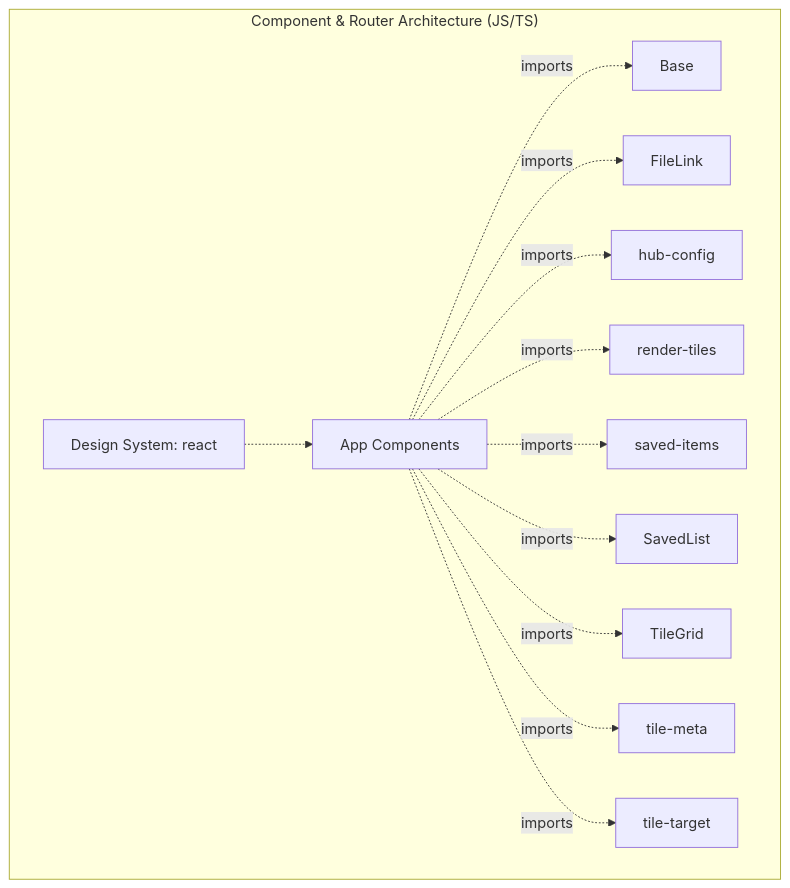
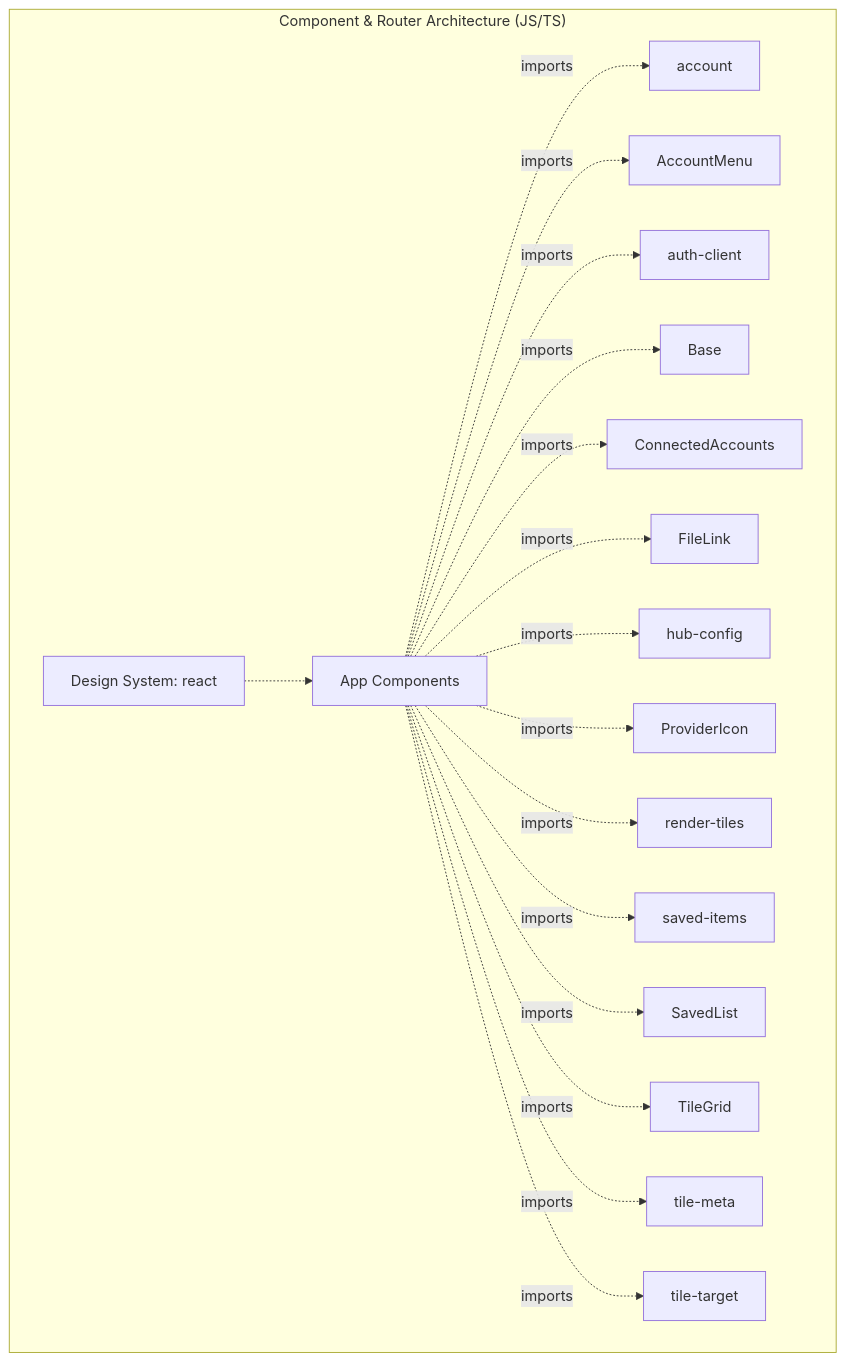
The diagram in .project-architecture.md (gokulsaraswat/gokulmobilize), drawn with Mermaid before and after one commit. The commit also changed other lines of this file and 14 other files, not shown here.

First line of the commit message:
feat(auth): optional Google/GitHub sign-in on the web hub (app hub)

````diff
--- a/.project-architecture.md
+++ b/.project-architecture.md
@@ -5,16 +5,21 @@
 ```mermaid
 graph TD
     subgraph FrontendLayer["Component & Router Architecture (JS/TS)"]
     App_Components["App Components"]
     UI_Stack["Design System: react"] -.-> App_Components
+    App_Components -.->|imports| account["account"]
+    App_Components -.->|imports| AccountMenu["AccountMenu"]
+    App_Components -.->|imports| auth_client["auth-client"]
     App_Components -.->|imports| Base["Base"]
+    App_Components -.->|imports| ConnectedAccounts["ConnectedAccounts"]
     App_Components -.->|imports| FileLink["FileLink"]
     App_Components -.->|imports| hub_config["hub-config"]
+    App_Components -.->|imports| ProviderIcon["ProviderIcon"]
     App_Components -.->|imports| render_tiles["render-tiles"]
     App_Components -.->|imports| saved_items["saved-items"]
     App_Components -.->|imports| SavedList["SavedList"]
     App_Components -.->|imports| TileGrid["TileGrid"]
     App_Components -.->|imports| tile_meta["tile-meta"]
     App_Components -.->|imports| tile_target["tile-target"]
     end
 ```
````
